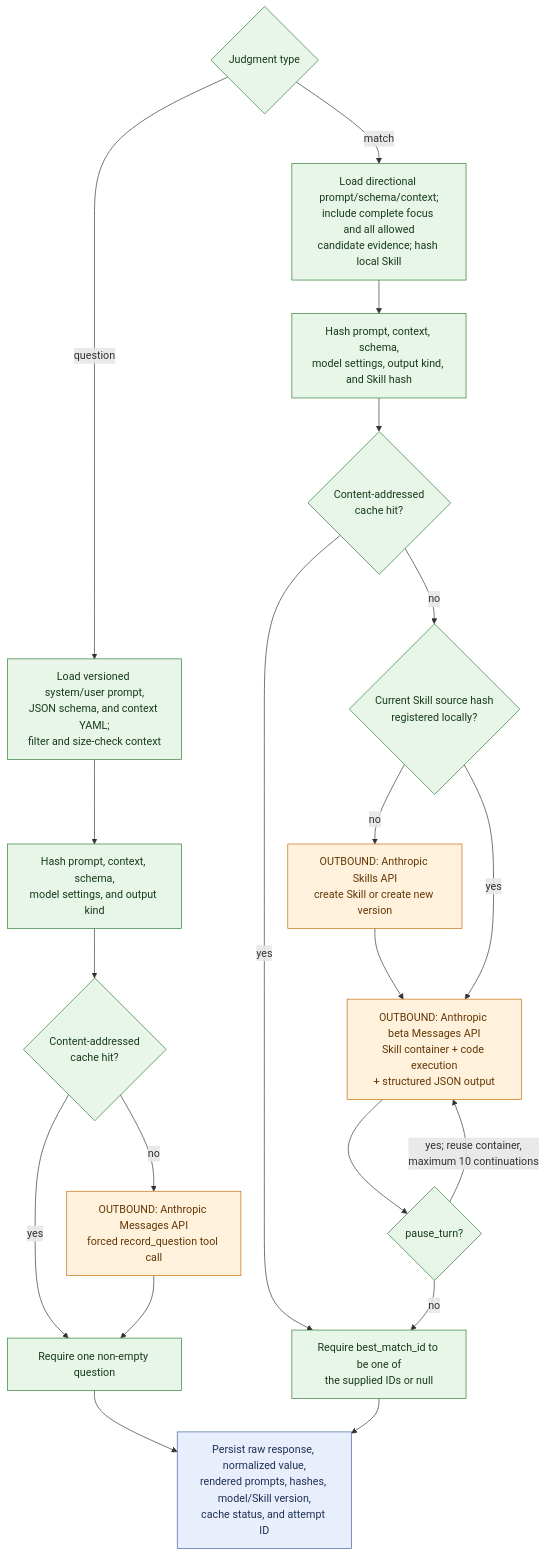
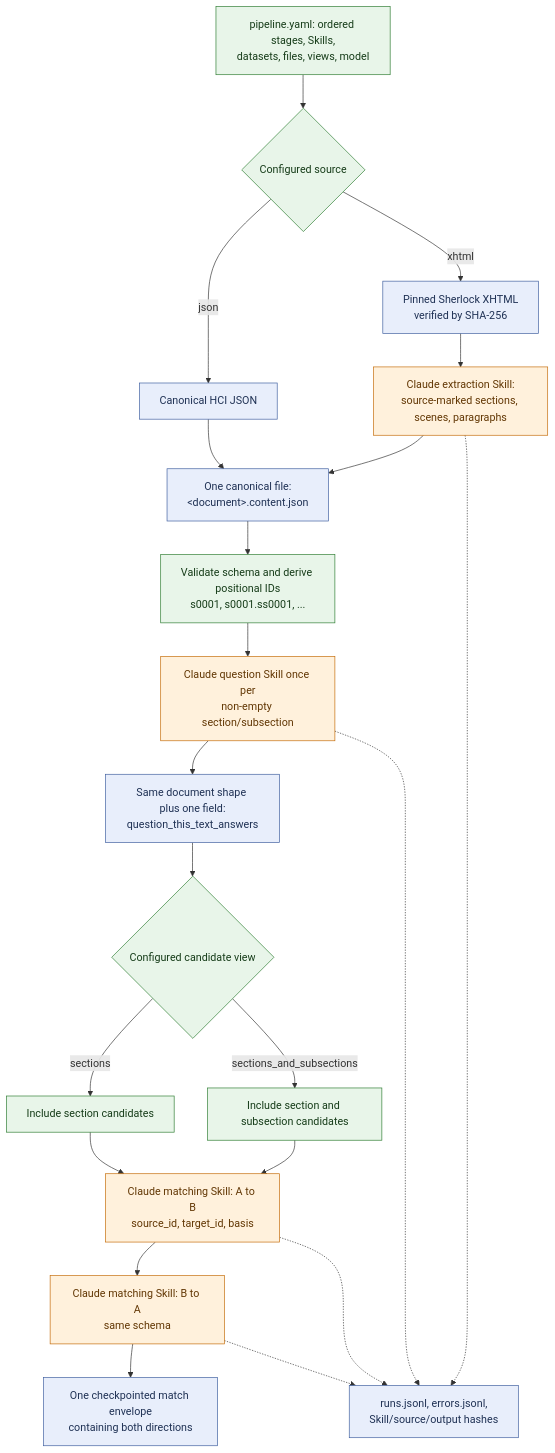
Before and after one commit to GraceGSy/SME-prototype: the first of 2 diagrams in PIPELINE_FLOW.md, drawn with Mermaid. The commit also changed other lines of this file and 62 other files, not shown here.

Commit message:
Standardize document pipeline contracts

````diff
--- a/PIPELINE_FLOW.md
+++ b/PIPELINE_FLOW.md
@@ -165,41 +8,35 @@
 ```mermaid
 flowchart TD
-    Request{"Judgment type"}:::det
+    Config["pipeline.yaml: ordered stages, Skills,<br/>datasets, files, views, model"]:::det
+    Source{"Configured source"}:::det
+    HCI["Canonical HCI JSON"]:::artifact
+    Story["Pinned Sherlock XHTML<br/>verified by SHA-256"]:::artifact
+    Extract["Claude extraction Skill:<br/>source-marked sections, scenes, paragraphs"]:::llm
+    Content["One canonical file:<br/>&lt;document&gt;.content.json"]:::artifact
+    IDs["Validate schema and derive positional IDs<br/>s0001, s0001.ss0001, ..."]:::det
+    Question["Claude question Skill once per<br/>non-empty section/subsection"]:::llm
+    Questions["Same document shape plus one field:<br/>question_this_text_answers"]:::artifact
+    View{"Configured candidate view"}:::det
+    Sections["Include section candidates"]:::det
+    Nested["Include section and subsection candidates"]:::det
+    Forward["Claude matching Skill: A to B<br/>source_id, target_id, basis"]:::llm
+    Reverse["Claude matching Skill: B to A<br/>same schema"]:::llm
+    Matches["One checkpointed match envelope<br/>containing both directions"]:::artifact
+    Audit["runs.jsonl, errors.jsonl,<br/>Skill/source/output hashes"]:::artifact
 
-    QRender["Load versioned system/user prompt,<br/>JSON schema, and context YAML;<br/>filter and size-check context"]:::det
-    QHash["Hash prompt, context, schema,<br/>model settings, and output kind"]:::det
-    QCache{"Content-addressed<br/>cache hit?"}:::det
-    QAPI["OUTBOUND: Anthropic Messages API<br/>forced record_question tool call"]:::llm
-    QValidate["Require one non-empty question"]:::det
-
-    MRender["Load directional prompt/schema/context;<br/>include complete focus and all allowed<br/>candidate evidence; hash local Skill"]:::det
-    MHash["Hash prompt, context, schema,<br/>model settings, output kind, and Skill hash"]:::det
-    MCache{"Content-addressed<br/>cache hit?"}:::det
-    SkillKnown{"Current Skill source hash<br/>registered locally?"}:::det
-    SkillAPI["OUTBOUND: Anthropic Skills API<br/>create Skill or create new version"]:::llm
-    MAPI["OUTBOUND: Anthropic beta Messages API<br/>Skill container + code execution<br/>+ structured JSON output"]:::llm
-    Pause{"pause_turn?"}:::det
-    MValidate["Require best_match_id to be one of<br/>the supplied IDs or null"]:::det
-
-    Persist["Persist raw response, normalized value,<br/>rendered prompts, hashes, model/Skill version,<br/>cache status, and attempt ID"]:::artifact
-
-    Request -->|question| QRender --> QHash --> QCache
-    QCache -->|yes| QValidate
-    QCache -->|no| QAPI --> QValidate
-
-    Request -->|match| MRender --> MHash --> MCache
-    MCache -->|yes| MValidate
-    MCache -->|no| SkillKnown
-    SkillKnown -->|no| SkillAPI --> MAPI
-    SkillKnown -->|yes| MAPI
-    MAPI --> Pause
-    Pause -->|yes; reuse container,<br/>maximum 10 continuations| MAPI
-    Pause -->|no| MValidate
-
-    QValidate --> Persist
-    MValidate --> Persist
+    Config --> Source
+    Source -->|json| HCI --> Content
+    Source -->|xhtml| Story --> Extract --> Content
+    Content --> IDs --> Question --> Questions --> View
+    View -->|sections| Sections --> Forward
+    View -->|sections_and_subsections| Nested --> Forward
+    Forward --> Reverse --> Matches
+    Extract -.-> Audit
+    Question -.-> Audit
+    Forward -.-> Audit
+    Reverse -.-> Audit
 
     classDef det fill:#e8f5e9,stroke:#2e7d32,color:#163c19;
     classDef llm fill:#fff1dc,stroke:#c46b08,color:#623704;
     classDef artifact fill:#e8eefb,stroke:#3f5f9f,color:#1f3154;
 ```
````
